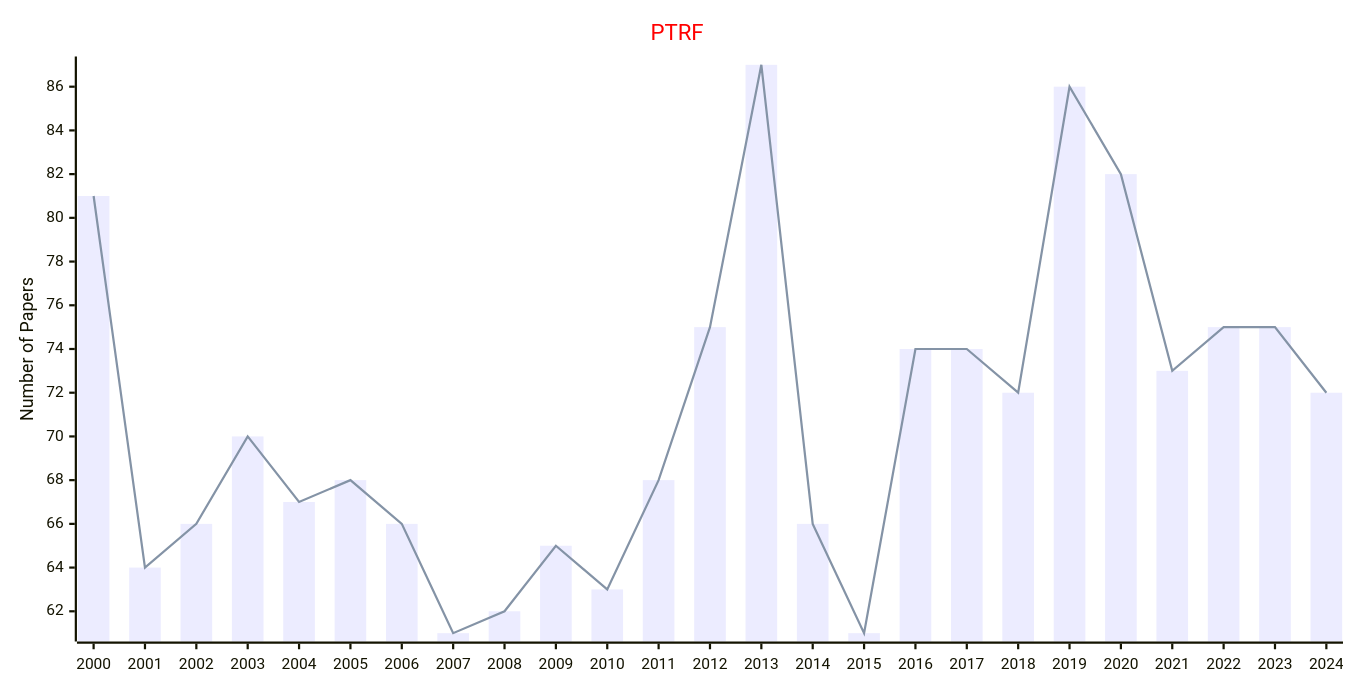
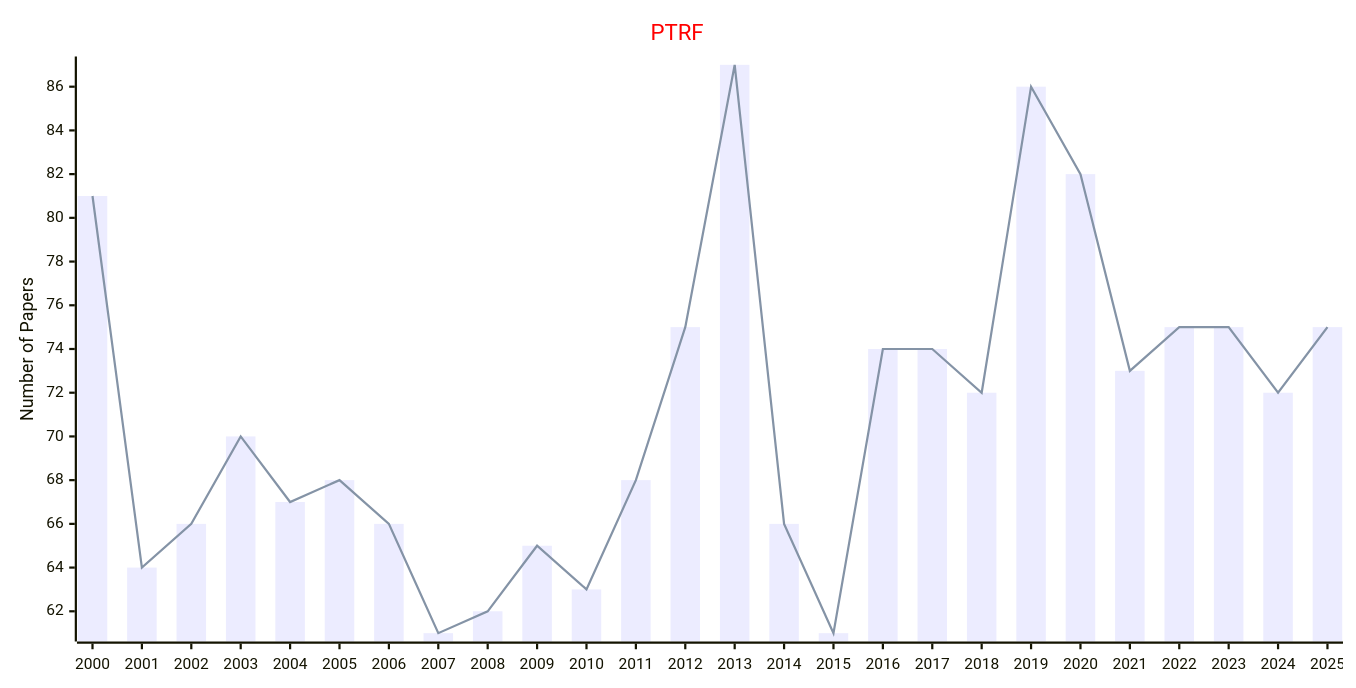
The diagram in docs/data/Journals/Statistics_Journals/Probability_Theory.md (Easy-PhD/AILinks), drawn with Mermaid before and after one commit. The commit also changed 107 other files, not shown here.

````diff
--- a/docs/data/Journals/Statistics_Journals/Probability_Theory.md
+++ b/docs/data/Journals/Statistics_Journals/Probability_Theory.md
@@ -9,17 +9,17 @@
 ```mermaid
 ---
 config:
     xyChart:
         width: 1200
         height: 600
     themeVariables:
         xyChart:
             titleColor: "#ff0000"
 ---
 xychart-beta
     title "PTRF"
-    x-axis [2000, 2001, 2002, 2003, 2004, 2005, 2006, 2007, 2008, 2009, 2010, 2011, 2012, 2013, 2014, 2015, 2016, 2017, 2018, 2019, 2020, 2021, 2022, 2023, 2024]
+    x-axis [2000, 2001, 2002, 2003, 2004, 2005, 2006, 2007, 2008, 2009, 2010, 2011, 2012, 2013, 2014, 2015, 2016, 2017, 2018, 2019, 2020, 2021, 2022, 2023, 2024, 2025]
     y-axis "Number of Papers"
-    bar [81, 64, 66, 70, 67, 68, 66, 61, 62, 65, 63, 68, 75, 87, 66, 61, 74, 74, 72, 86, 82, 73, 75, 75, 72]
-    line [81, 64, 66, 70, 67, 68, 66, 61, 62, 65, 63, 68, 75, 87, 66, 61, 74, 74, 72, 86, 82, 73, 75, 75, 72]
+    bar [81, 64, 66, 70, 67, 68, 66, 61, 62, 65, 63, 68, 75, 87, 66, 61, 74, 74, 72, 86, 82, 73, 75, 75, 72, 75]
+    line [81, 64, 66, 70, 67, 68, 66, 61, 62, 65, 63, 68, 75, 87, 66, 61, 74, 74, 72, 86, 82, 73, 75, 75, 72, 75]
 ```
````
